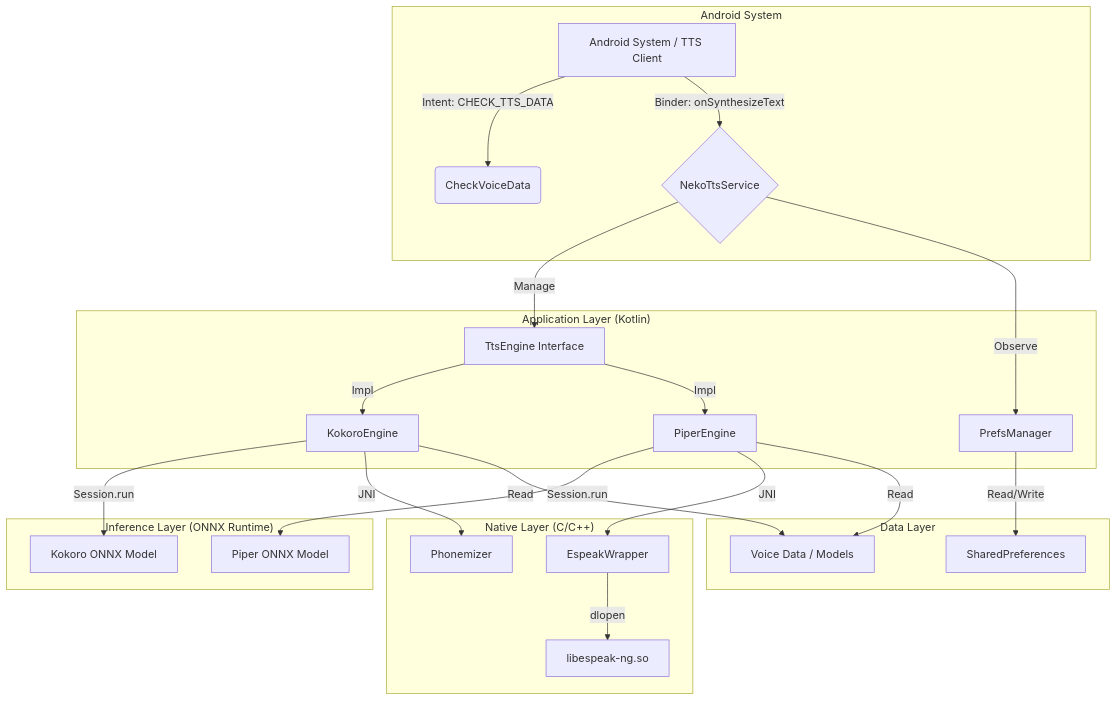
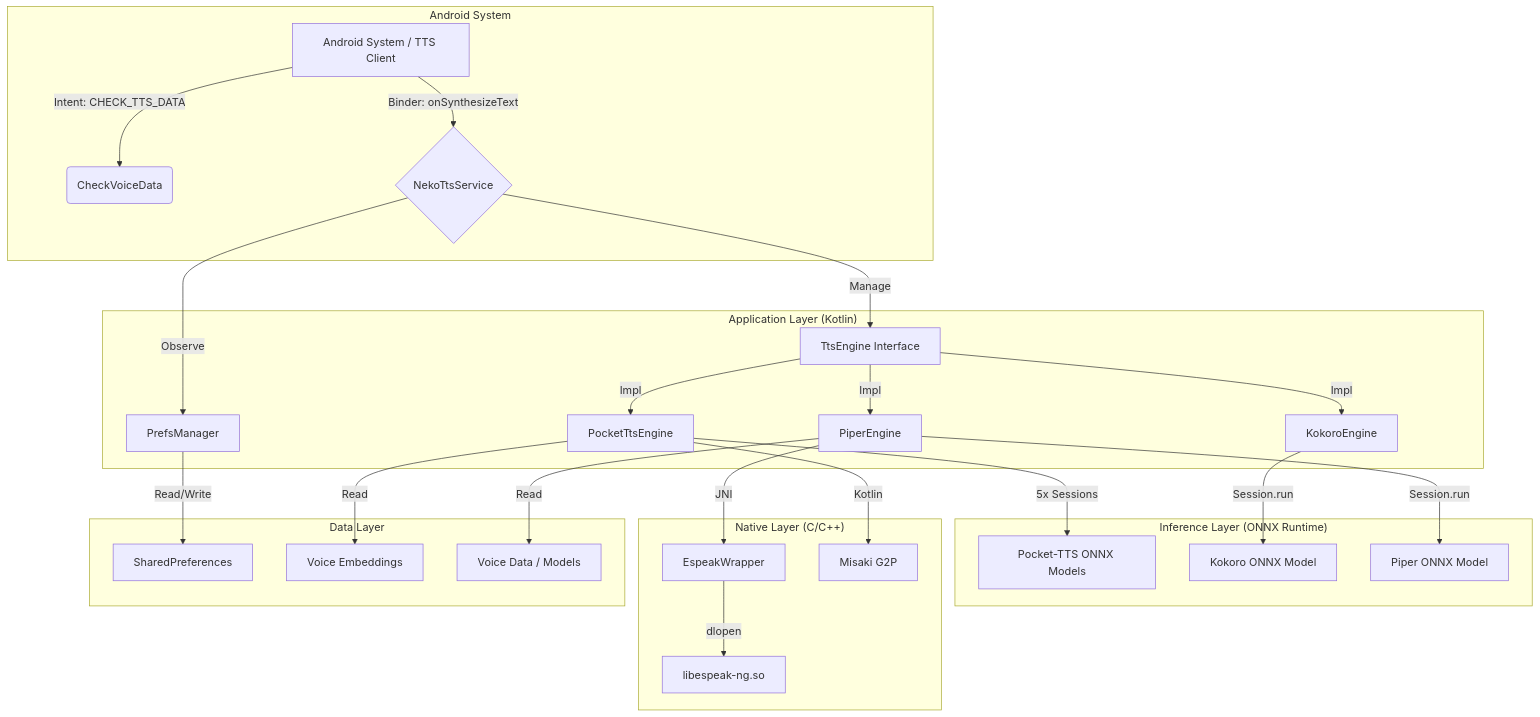
One commit to siva-sub/NekoSpeak changed the first of 11 diagrams in TECHNICAL_DEEP_DIVE.md. Above: the diagram before and after it, drawn with Mermaid. The commit also changed other lines of this file and 2 other files, not shown here.

First line of the commit message:
Release v1.3.0: Voice encoding UI/UX, Technical Deep Dive update

````diff
--- a/TECHNICAL_DEEP_DIVE.md
+++ b/TECHNICAL_DEEP_DIVE.md
@@ -9,31 +9,33 @@
 ```mermaid
 graph TD
     subgraph "Android System"
         Android[Android System / TTS Client] -->|Intent: CHECK_TTS_DATA| CheckAct(CheckVoiceData)
         Android -->|Binder: onSynthesizeText| Service{NekoTtsService}
     end
 
     subgraph "Application Layer (Kotlin)"
         Service -->|Manage| Engine[TtsEngine Interface]
+        Engine -->|Impl| Pocket[PocketTtsEngine]
         Engine -->|Impl| Kokoro[KokoroEngine]
         Engine -->|Impl| Piper[PiperEngine]
         Service -->|Observe| Prefs[PrefsManager]
     end
 
     subgraph "Inference Layer (ONNX Runtime)"
+        Pocket -->|5x Sessions| PocketModels[Pocket-TTS ONNX Models]
         Kokoro -->|Session.run| KModel[Kokoro ONNX Model]
         Piper -->|Session.run| PModel[Piper ONNX Model]
     end
 
     subgraph "Native Layer (C/C++)"
         Piper -->|JNI| Espeak[EspeakWrapper]
         Espeak -->|dlopen| LibEspeak[libespeak-ng.so]
-        Kokoro -->|JNI| Phonemizer[Phonemizer]
+        Pocket -->|Kotlin| G2P[Misaki G2P]
     end
 
     subgraph "Data Layer"
         Prefs -->|Read/Write| SharedPrefs[SharedPreferences]
+        Pocket -->|Read| VoiceClones[Voice Embeddings]
         Piper -->|Read| VoiceData[Voice Data / Models]
-        Kokoro -->|Read| VoiceData
     end
 ```
````
